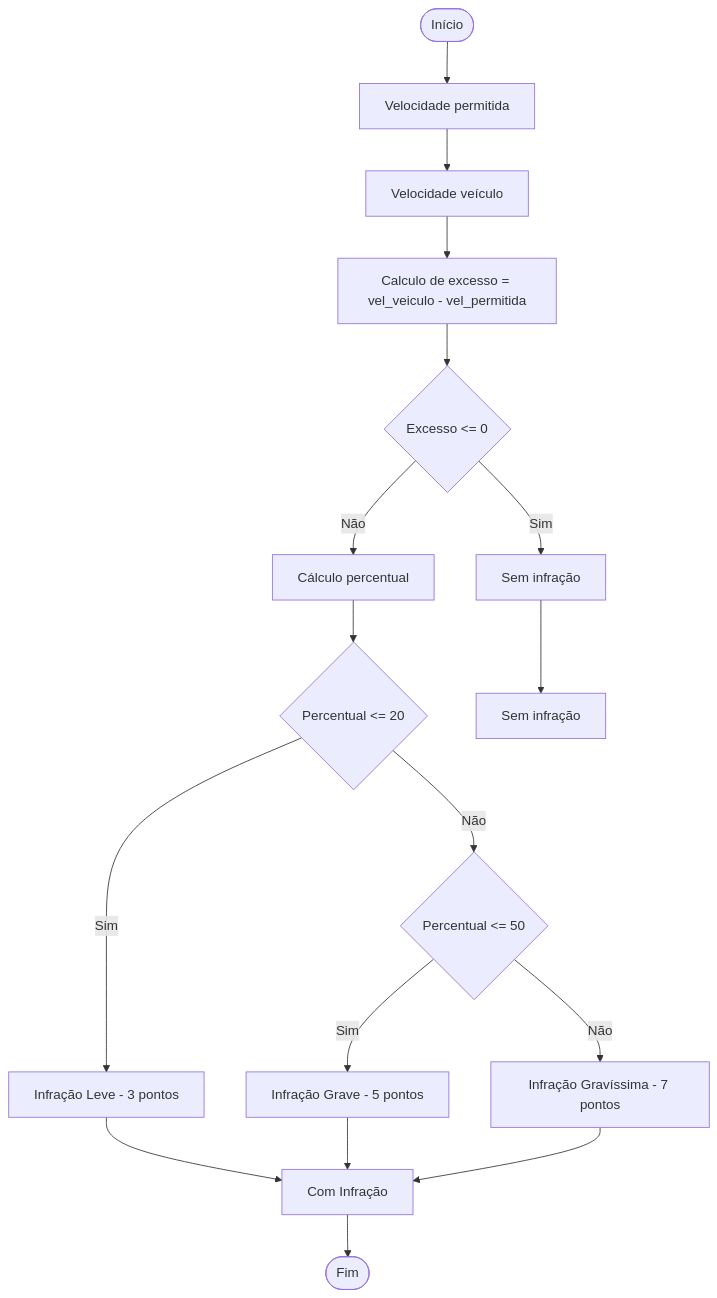
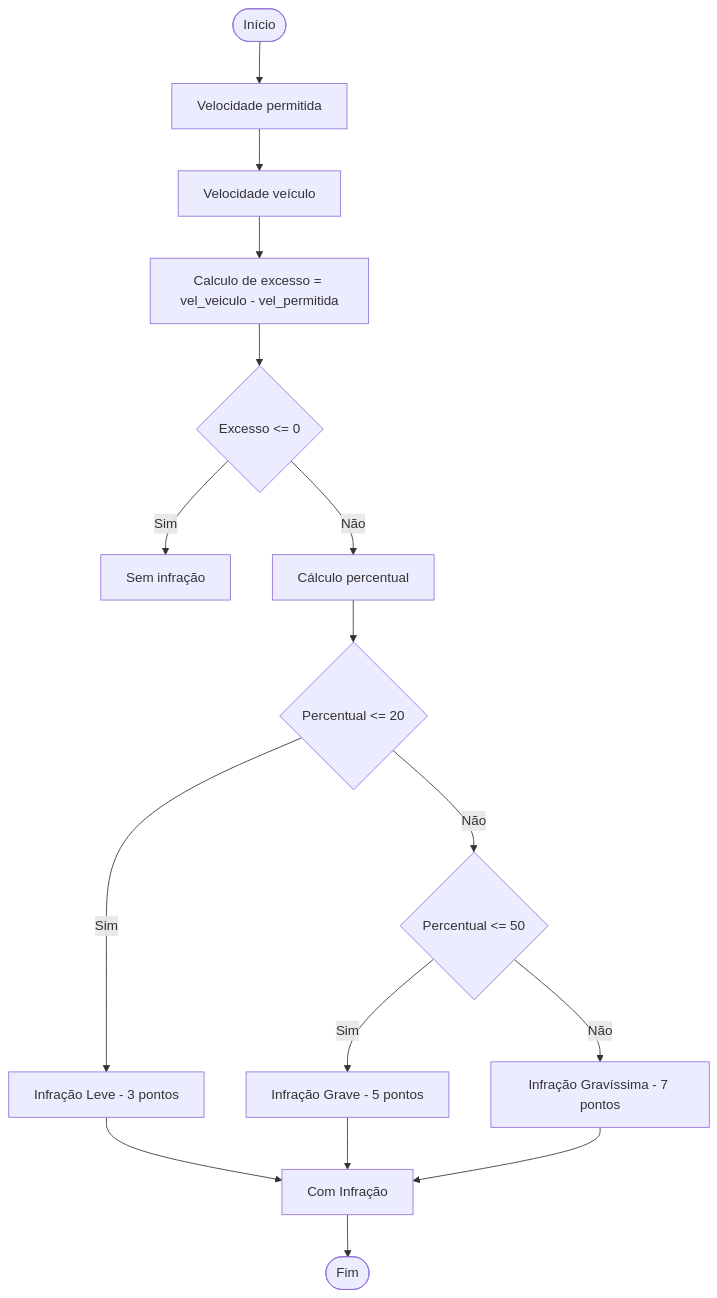
One commit to Angela-Leao/Entrega-de-atividades-Fatec changed the diagram in Diagramas P1 Cação/Pontuação de  motorista.md. Above: the diagram before and after it, drawn with Mermaid.

Commit message:
Update Pontuação de  motorista.md

````diff
--- a/Diagramas P1 Cação/Pontuação de  motorista.md
+++ b/Diagramas P1 Cação/Pontuação de  motorista.md
@@ -2,24 +2,23 @@
 ```mermaid
 
 flowchart TD
     A([Início]) --> B[Velocidade permitida]
     B --> C[Velocidade veículo]
     C --> D[Calculo de excesso = vel_veiculo - vel_permitida]
     D --> E{Excesso <= 0}
     E -- Sim --> F[Sem infração]
     E -- Não --> G[Cálculo percentual]
 
     G --> H{Percentual <= 20}
     H -- Sim --> I[Infração Leve - 3 pontos]
     H -- Não --> J{Percentual <= 50}
 
     J -- Sim --> K[Infração Grave - 5 pontos]
     J -- Não --> L[Infração Gravíssima - 7 pontos]
 
-    F --> k[Sem infração]
     I --> M[Com Infração]
     K --> M
     L --> M
 
     M --> N([Fim])
 ```
````
